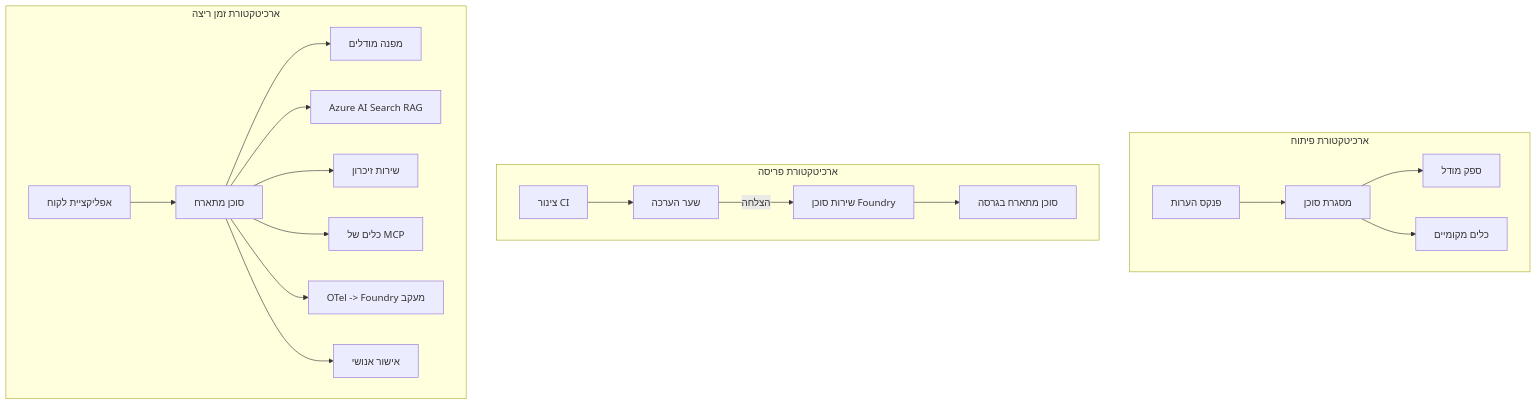
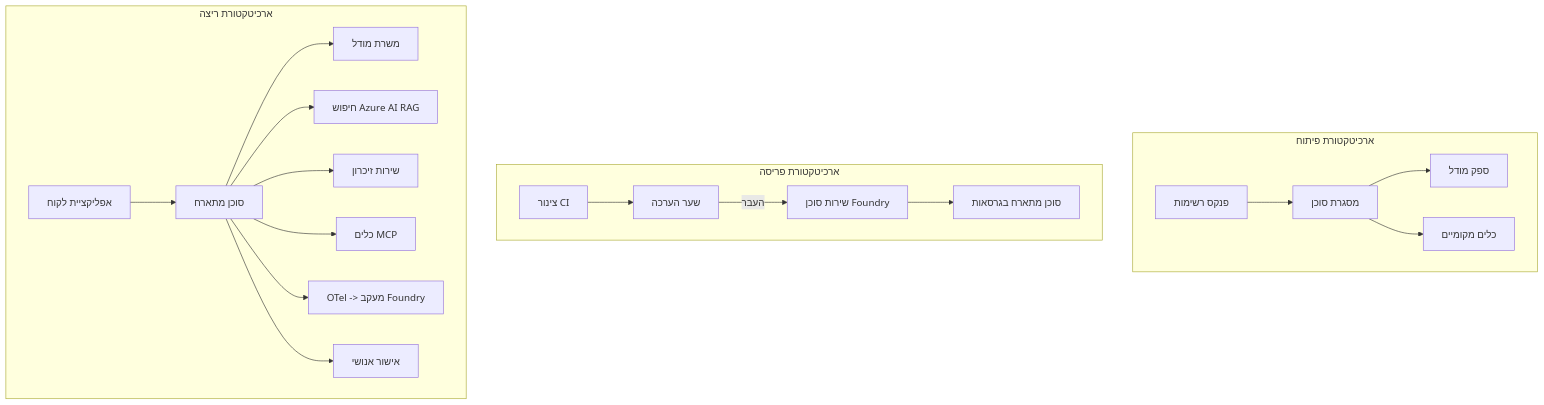
One commit to microsoft/ai-agents-for-beginners changed the fourth of 4 diagrams in translations/he/16-deploying-scalable-agents/README.md. Above: the diagram before and after it, drawn with Mermaid. The commit also changed other lines of this file and 47 other files, not shown here.

````diff
--- a/translations/he/16-deploying-scalable-agents/README.md
+++ b/translations/he/16-deploying-scalable-agents/README.md
@@ -185,22 +185,22 @@
 ```mermaid
 flowchart TB
     subgraph Dev[ארכיטקטורת פיתוח]
-        D1[פנקס הערות] --> D2[מסגרת סוכן]
+        D1[פנקס רשימות] --> D2[מסגרת סוכן]
         D2 --> D3[ספק מודל]
         D2 --> D4[כלים מקומיים]
     end
     subgraph Deploy[ארכיטקטורת פריסה]
         E1[צינור CI] --> E2[שער הערכה]
-        E2 -->|הצלחה| E3[שירות סוכן Foundry]
-        E3 --> E4[סוכן מתארח בגרסה]
+        E2 -->|העבר| E3[שירות סוכן Foundry]
+        E3 --> E4[סוכן מתארח בגרסאות]
     end
-    subgraph Run[ארכיטקטורת זמן ריצה]
+    subgraph Run[ארכיטקטורת ריצה]
         F1[אפליקציית לקוח] --> F2[סוכן מתארח]
-        F2 --> F3[מפנה מודלים]
-        F2 --> F4[Azure AI Search RAG]
+        F2 --> F3[משרת מודל]
+        F2 --> F4[חיפוש Azure AI RAG]
         F2 --> F5[שירות זיכרון]
-        F2 --> F6[כלים של MCP]
-        F2 --> F7[OTel -> Foundry מעקב]
+        F2 --> F6[כלים MCP]
+        F2 --> F7[OTel -> מעקב Foundry]
         F2 --> F8[אישור אנושי]
     end
 ```
````
